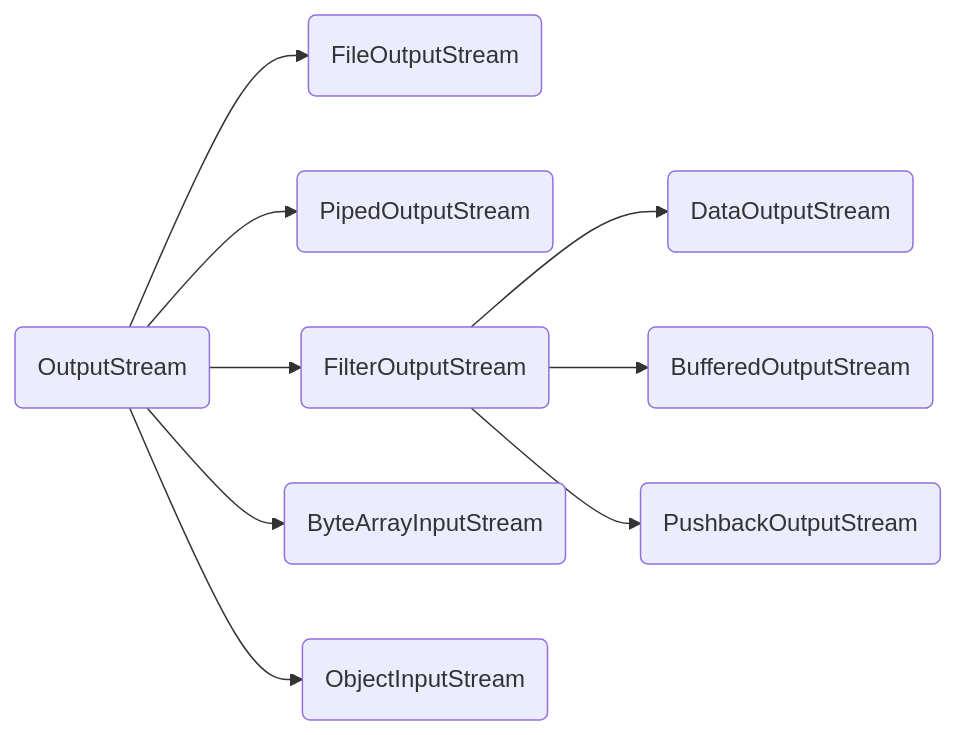
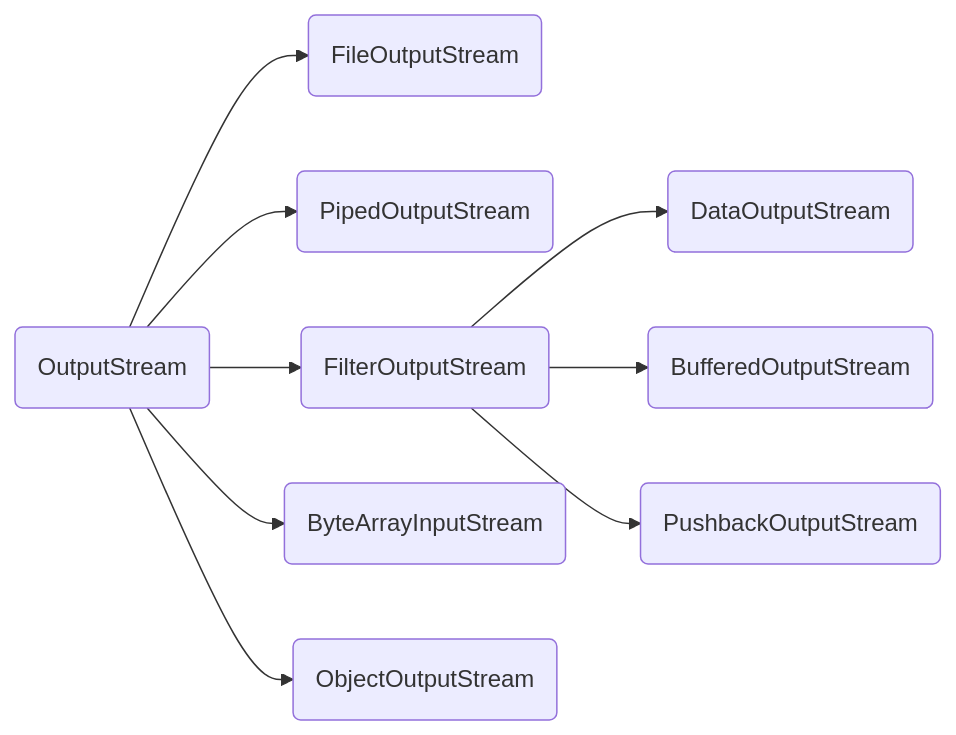
The second of 4 diagrams in UD06/UD06_ES.md (arturoblasco/PROG23), drawn with Mermaid before and after one commit. The commit also changed other lines of this file and 5 other files, not shown here.

````diff
--- a/UD06/UD06_ES.md
+++ b/UD06/UD06_ES.md
@@ -70,11 +77,11 @@
 ```mermaid
 graph LR
 A(OutputStream) --> B(FileOutputStream)
 A --> C(PipedOutputStream)
 A --> D(FilterOutputStream)
 A --> E(ByteArrayInputStream)
-A --> H(ObjectInputStream)
+A --> H(ObjectOutputStream)
 D --> J(DataOutputStream)
 D --> K(BufferedOutputStream)
 D --> L(PushbackOutputStream)
 ```
````
